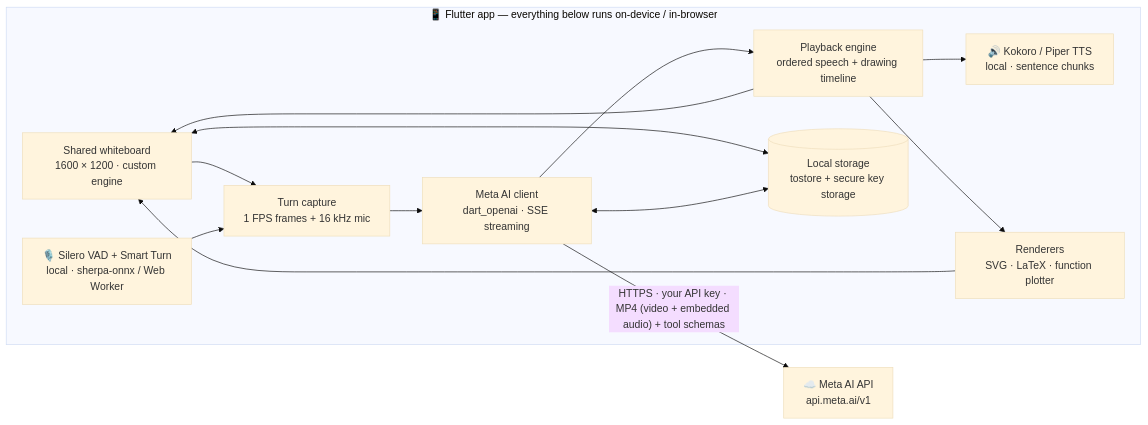
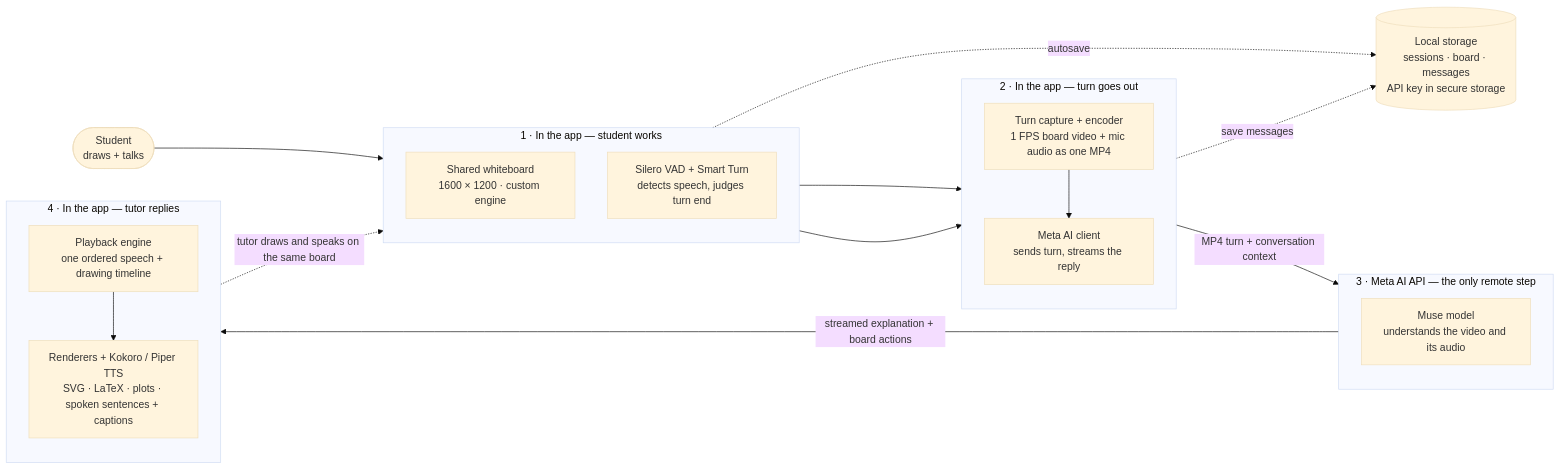
Before and after one commit to sitatec/texa: the first of 2 diagrams in README.md, drawn with Mermaid (base theme). The commit also changed other lines of this file and 1 other file, not shown here.

Commit message:
Fix and improve mermaid diagrams in README.md and docs/TECH_SPECHS.md

````diff
--- a/README.md
+++ b/README.md
@@ -95,24 +95,40 @@
 ```mermaid
 flowchart LR
-  subgraph Device["📱 Flutter app — everything below runs on-device / in-browser"]
+  Student(["Student<br/>draws + talks"])
+
+  subgraph S1["1 · In the app — student works"]
+    direction TB
     Board["Shared whiteboard<br/>1600 × 1200 · custom engine"]
-    Capture["Turn capture<br/>1 FPS frames + 16 kHz mic"]
-    VAD["🎙️ Silero VAD + Smart Turn<br/>local · sherpa-onnx / Web Worker"]
-    Client["Meta AI client<br/>dart_openai · SSE streaming"]
-    Playback["Playback engine<br/>ordered speech + drawing timeline"]
-    TTS["🔊 Kokoro / Piper TTS<br/>local · sentence chunks"]
-    Render["Renderers<br/>SVG · LaTeX · function plotter"]
-    DB[("Local storage<br/>tostore + secure key storage")]
-    Board --> Capture
-    VAD --> Capture
+    Listen["Silero VAD + Smart Turn<br/>detects speech, judges turn end"]
+  end
+
+  subgraph S2["2 · In the app — turn goes out"]
+    direction TB
+    Capture["Turn capture + encoder<br/>1 FPS board video + mic audio as one MP4"]
+    Client["Meta AI client<br/>sends turn, streams the reply"]
     Capture --> Client
-    Client --> Playback
-    Playback --> Board
-    Playback --> TTS
-    Playback --> Render
-    Render --> Board
-    Board <--> DB
-    Client <--> DB
   end
-  Client -- "HTTPS · your API key · MP4 (video + embedded audio) + tool schemas" --> API["☁️ Meta AI API<br/>api.meta.ai/v1"]
+
+  subgraph S3["3 · Meta AI API — the only remote step"]
+    direction TB
+    API["Muse model<br/>understands the video and its audio"]
+  end
+
+  subgraph S4["4 · In the app — tutor replies"]
+    direction TB
+    Playback["Playback engine<br/>one ordered speech + drawing timeline"]
+    Present["Renderers + Kokoro / Piper TTS<br/>SVG · LaTeX · plots · spoken sentences + captions"]
+    Playback --> Present
+  end
+
+  Store[("Local storage<br/>sessions · board · messages<br/>API key in secure storage")]
+
+  Student --> Board
+  Listen --> Capture
+  Board --> Capture
+  Client -->|"MP4 turn + conversation context"| API
+  API -->|"streamed explanation + board actions"| Playback
+  Present -.->|"tutor draws and speaks on the same board"| Board
+  Board -.->|"autosave"| Store
+  Client -.->|"save messages"| Store
 ```
````
